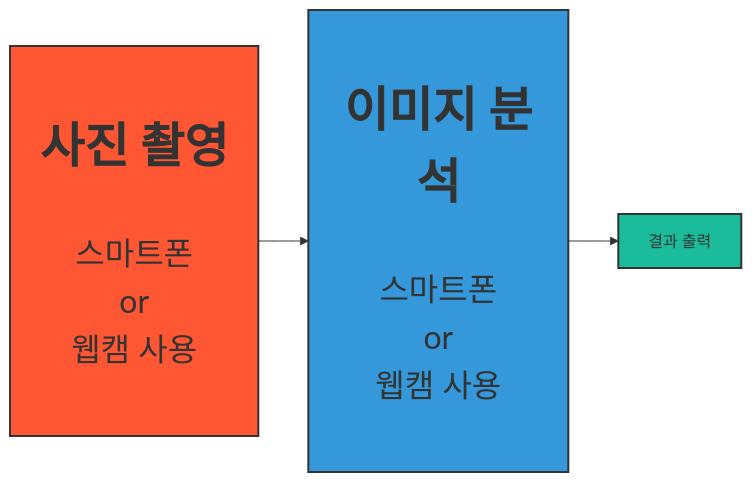
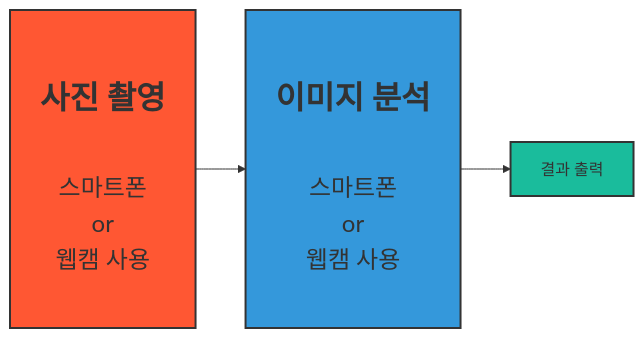
Before and after one commit to 201710808/-p: the diagram in Readme.md, drawn with Mermaid.

````diff
--- a/Readme.md
+++ b/Readme.md
@@ -3,10 +3,10 @@
 ```mermaid
 graph LR
-A[<br><br><b><span style='font-size:48px'>사진 촬영</span></b>\n\n\n<span style='font-size:32px'>스마트폰\nor\n웹캠 사용<br><br>] --> B[<br><br><b><span style='font-size:48px'>이미지 분석</span></b>\n\n\n<span style='font-size:32px'>스마트폰\nor\n웹캠 사용<br><br>]
+A[<br><br><b><span style='font-size:32px'>사진 촬영</span></b>\n\n\n<span style='font-size:24px'>스마트폰\nor\n웹캠 사용<br><br>] --> B[<br><br><b><span style='font-size:32px'>이미지 분석</span></b>\n\n\n<span style='font-size:24px'>스마트폰\nor\n웹캠 사용<br><br>]
 B --> C[결과 출력]
 
 style A fill:#FF5733,stroke:#333,stroke-width:2px
 style B fill:#3498db,stroke:#333,stroke-width:2px
 style C fill:#1abc9c,stroke:#333,stroke-width:2px
 
 ```
````
